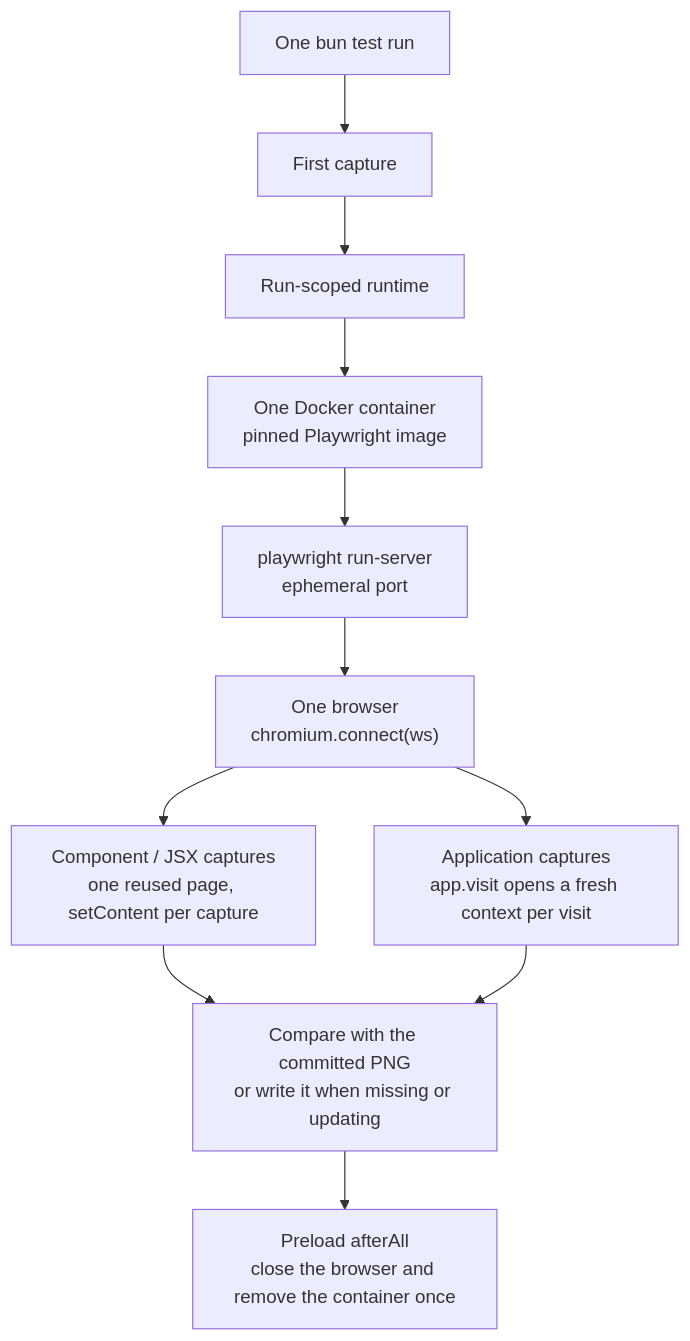
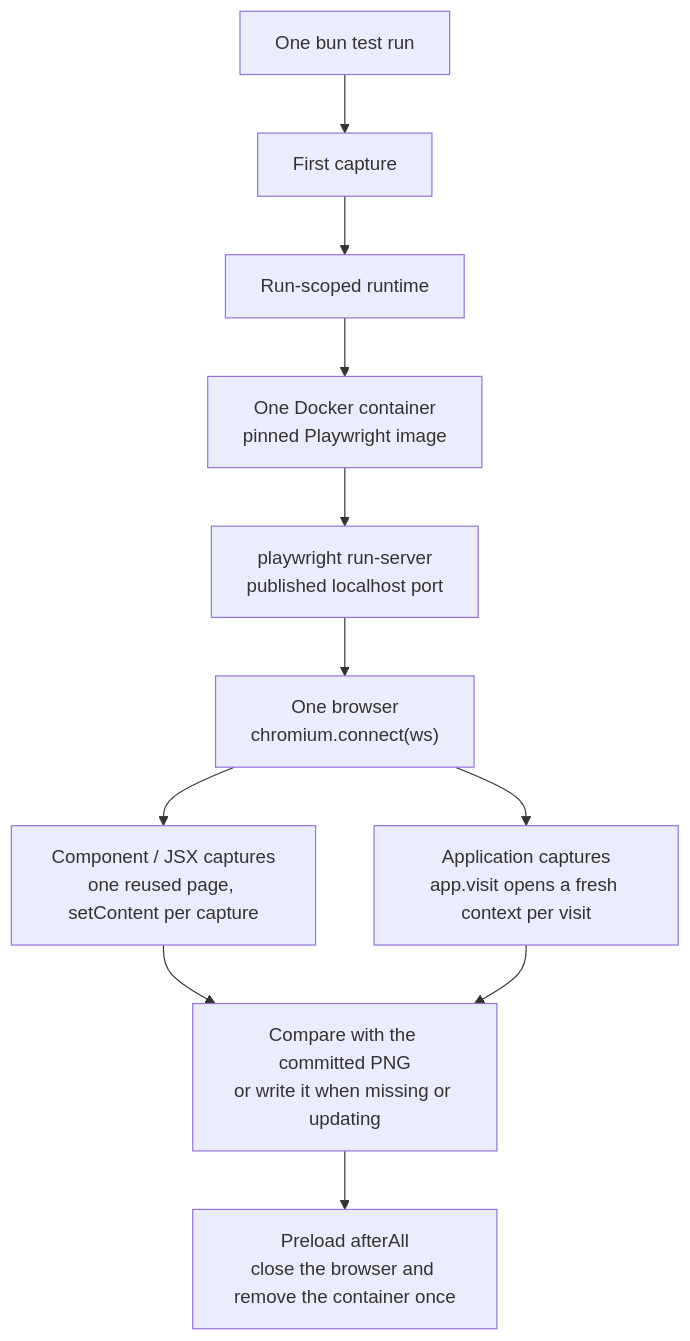
The diagram in docs/testing.md (TroyAlford/basis), drawn with Mermaid before and after one commit. The commit also changed other lines of this file and 9 other files, not shown here.

````diff
--- a/docs/testing.md
+++ b/docs/testing.md
@@ -19,13 +19,13 @@
 ```mermaid
 flowchart TD
     Run["One bun test run"] --> First["First capture"]
     First --> Runtime["Run-scoped runtime"]
     Runtime --> Container["One Docker container<br/>pinned Playwright image"]
-    Container --> Server["playwright run-server<br/>ephemeral port"]
+    Container --> Server["playwright run-server<br/>published localhost port"]
     Server --> Browser["One browser<br/>chromium.connect(ws)"]
     Browser --> Component["Component / JSX captures<br/>one reused page, setContent per capture"]
     Browser --> Visit["Application captures<br/>app.visit opens a fresh context per visit"]
     Component --> Compare["Compare with the committed PNG<br/>or write it when missing or updating"]
     Visit --> Compare
     Compare --> Teardown["Preload afterAll<br/>close the browser and remove the container once"]
 ```
````
